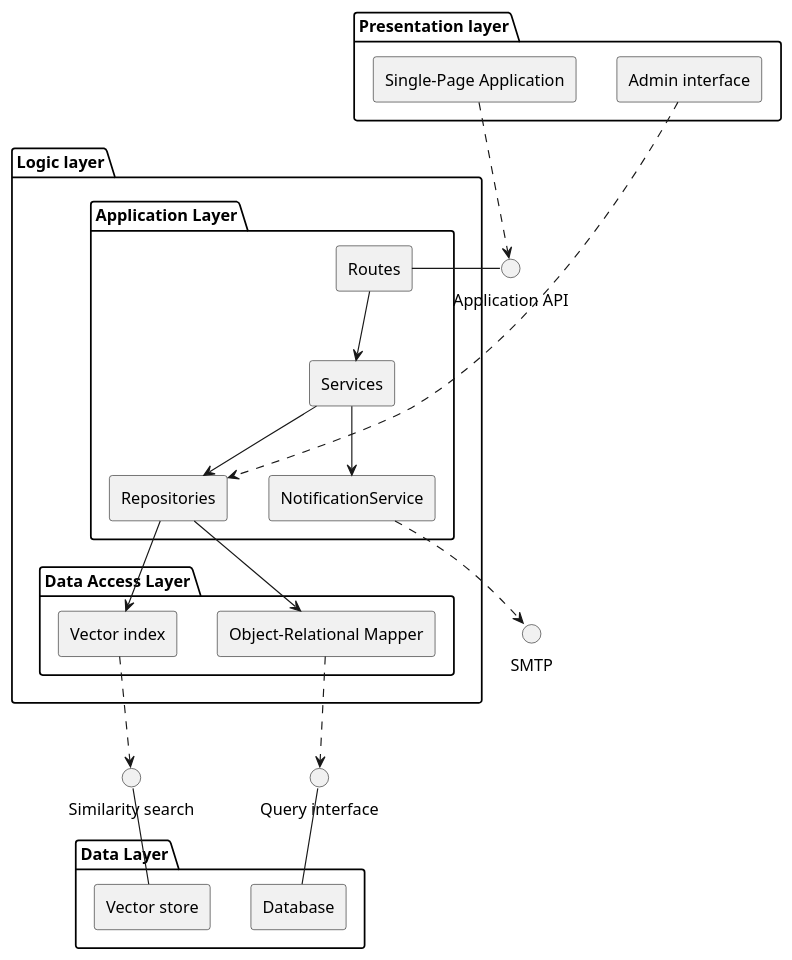
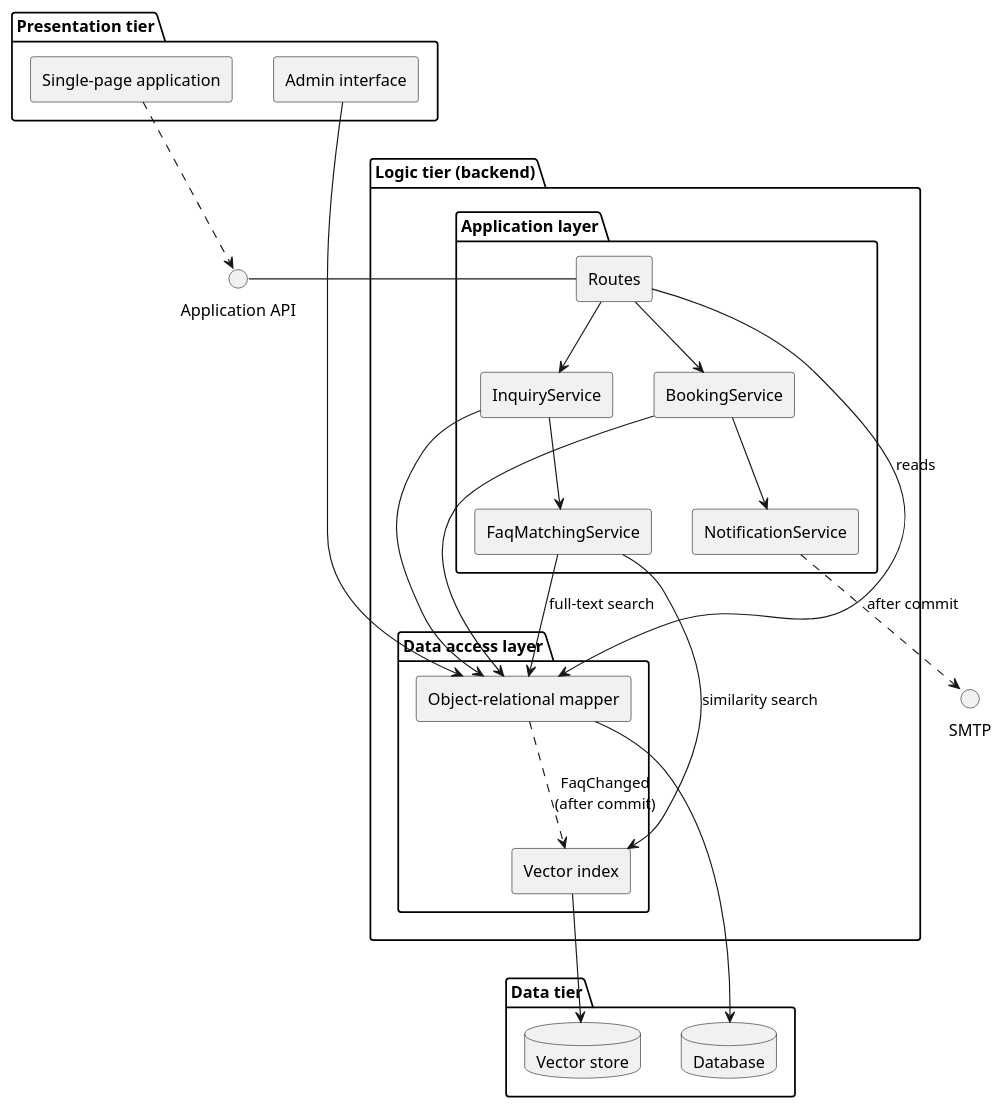
Before and after one commit to unibo-dtm-se-2526-PRONTO/report: the diagram in sections/03-design/assets/components.puml, drawn with PlantUML. The commit also changed 11 other files, not shown here.

```diff
--- a/sections/03-design/assets/components.puml
+++ b/sections/03-design/assets/components.puml
@@ -1,53 +1,48 @@
-@startuml components-diagram 
-
+@startuml components-diagram
 skinparam componentStyle rectangle
 skinparam shadowing false
 
-package "Presentation layer" {
-  [Single-Page Application] as SPA
+package "Presentation tier" {
+  [Single-page application] as SPA
   [Admin interface] as Admin
 }
 
-package "Logic layer" {
-
-  package "Application Layer" {
+package "Logic tier (backend)" {
+  package "Application layer" {
     [Routes]
-    [Services]
-    [Repositories]
+    [BookingService]
+    [InquiryService]
+    [FaqMatchingService]
     [NotificationService]
   }
-
-  package "Data Access Layer" {
-    [Object-Relational Mapper] as ORM
+  package "Data access layer" {
+    [Object-relational mapper] as ORM
     [Vector index] as VI
   }
-
-  [Routes] --> [Services]
-  [Services] --> [Repositories]
-  [Services] --> [NotificationService]
-  [Repositories] --> [ORM]
-  [Repositories] --> VI
 }
 
-interface "SMTP" as MailAPI
-[NotificationService] ..> MailAPI
-
-package "Data Layer" {
-  [Database]
-  [Vector store] as VS
+package "Data tier" {
+  database "Database" as DB
+  database "Vector store" as VS
 }
 
 interface "Application API" as API
-interface "Query interface" as Query
-interface "Similarity search" as Similarity
+interface "SMTP" as SMTP
 
+SPA ..> API
 API - [Routes]
-SPA ..> API
-Admin ..> [Repositories]
-
-[Database] -up- Query
-VS -up- Similarity
-[ORM] ..> Query
-VI ..> Similarity
-
+[Routes] --> [BookingService]
+[Routes] --> [InquiryService]
+[Routes] --> ORM : reads
+[InquiryService] --> [FaqMatchingService]
+[InquiryService] --> ORM
+[BookingService] --> ORM
+[BookingService] --> [NotificationService]
+[FaqMatchingService] --> ORM : full-text search
+[FaqMatchingService] --> VI : similarity search
+ORM ..> VI : FaqChanged\n(after commit)
+Admin --> ORM
+[NotificationService] ..> SMTP : after commit
+ORM --> DB
+VI --> VS
 @enduml
```
